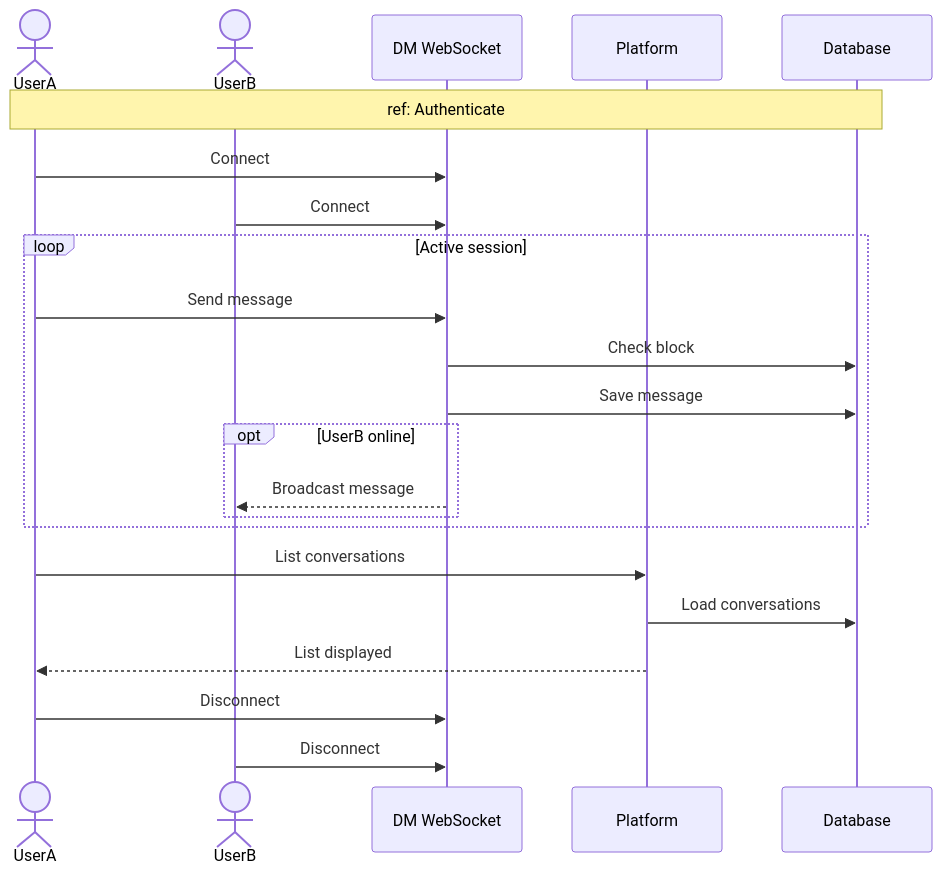
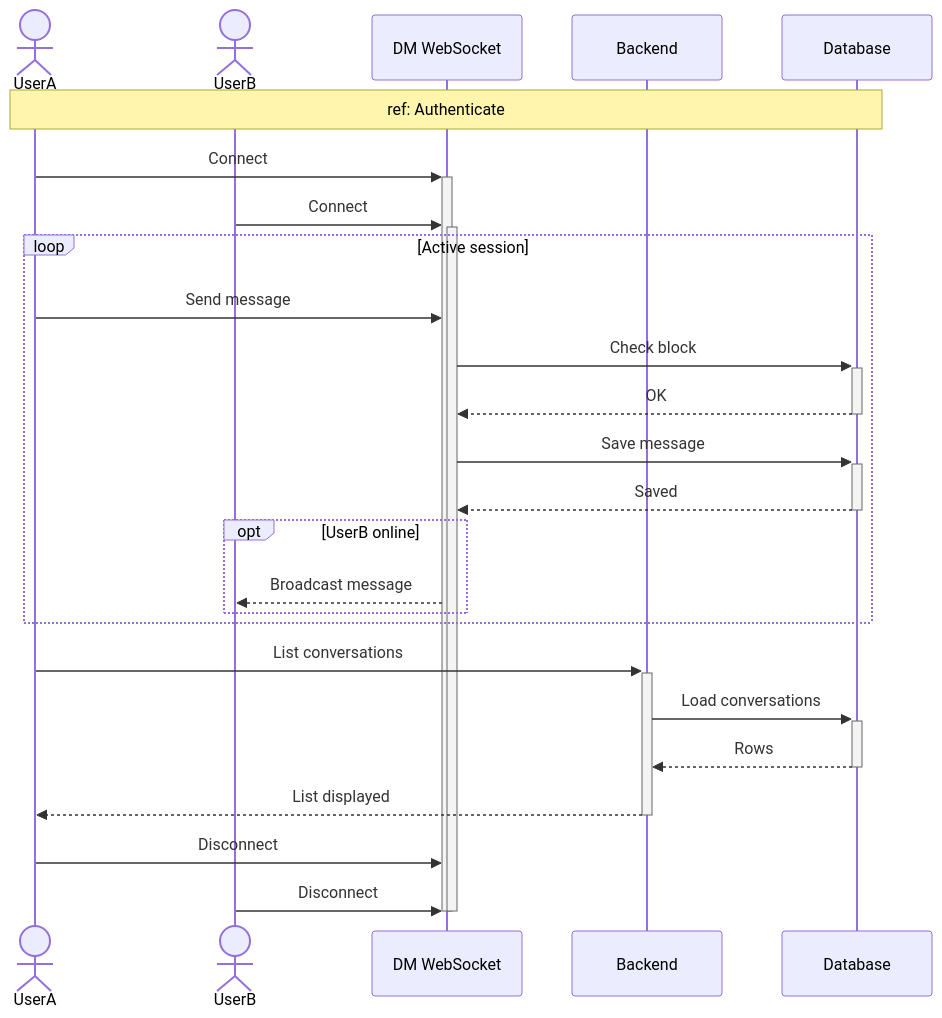
Diagram 15 of 16 in docs/SEQUENCE_DIAGRAMS.md (MohamedChebbi123/teamnest), drawn with Mermaid before and after one commit. The commit also changed other lines of this file, not shown here.

````diff
--- a/docs/SEQUENCE_DIAGRAMS.md
+++ b/docs/SEQUENCE_DIAGRAMS.md
@@ -447,29 +509,34 @@
 ```mermaid
 sequenceDiagram
     actor UserA
     actor UserB
     participant WS as DM WebSocket
-    participant API as Platform
+    participant API as Backend
     participant DB as Database
 
     Note over UserA,DB: ref: Authenticate
 
-    UserA->>WS: Connect
-    UserB->>WS: Connect
+    UserA->>+WS: Connect
+    UserB->>+WS: Connect
 
     loop Active session
         UserA->>WS: Send message
-        WS->>DB: Check block
-        WS->>DB: Save message
+        WS->>+DB: Check block
+        DB-->>-WS: OK
+        WS->>+DB: Save message
+        DB-->>-WS: Saved
         opt UserB online
             WS-->>UserB: Broadcast message
         end
     end
 
-    UserA->>API: List conversations
-    API->>DB: Load conversations
-    API-->>UserA: List displayed
+    UserA->>+API: List conversations
+    API->>+DB: Load conversations
+    DB-->>-API: Rows
+    API-->>-UserA: List displayed
 
     UserA->>WS: Disconnect
     UserB->>WS: Disconnect
+    deactivate WS
+    deactivate WS
 ```
````
